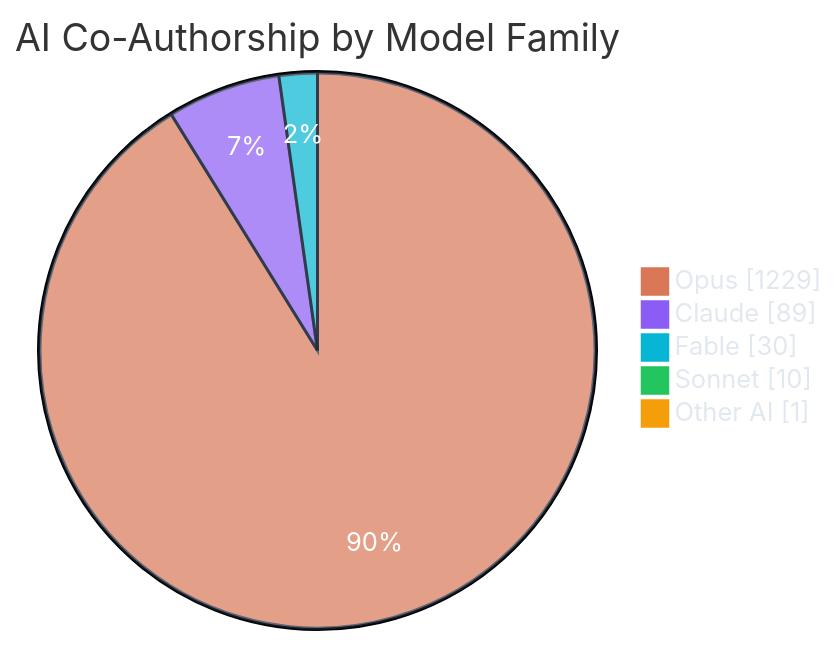
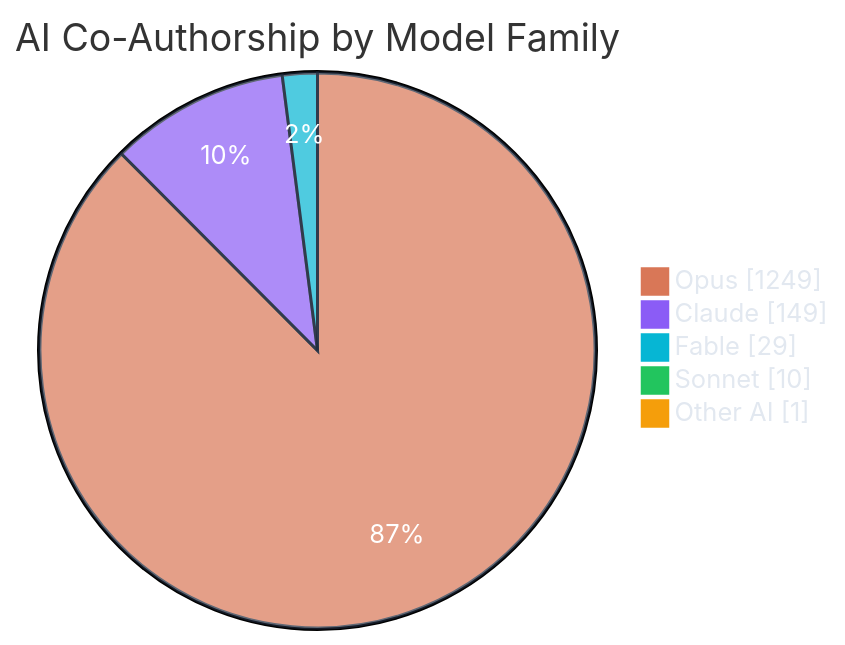
The third of 7 diagrams in README.md (polo-nyan/polo-nyan), drawn with Mermaid before and after one commit. The commit also changed other lines of this file and 1 other file, not shown here.

````diff
--- a/README.md
+++ b/README.md
@@ -279,10 +279,10 @@
 ```mermaid
 %%{init: {"theme": "base", "themeVariables": { "pie1": "#d97757", "pie2": "#8b5cf6", "pie3": "#06b6d4", "pie4": "#22c55e", "pie5": "#f59e0b", "pie6": "#ec4899", "pieTextColor": "#ffffff", "pieLegendTextColor": "#e2e8f0", "pieSectionTextColor": "#ffffff", "pieStrokeColor": "#1e293b" }}}%%
 pie showData
     title AI Co-Authorship by Model Family
-    "Opus" : 1229
-    "Claude" : 89
-    "Fable" : 30
+    "Opus" : 1249
+    "Claude" : 149
+    "Fable" : 29
     "Sonnet" : 10
     "Other AI" : 1
 ```
````
